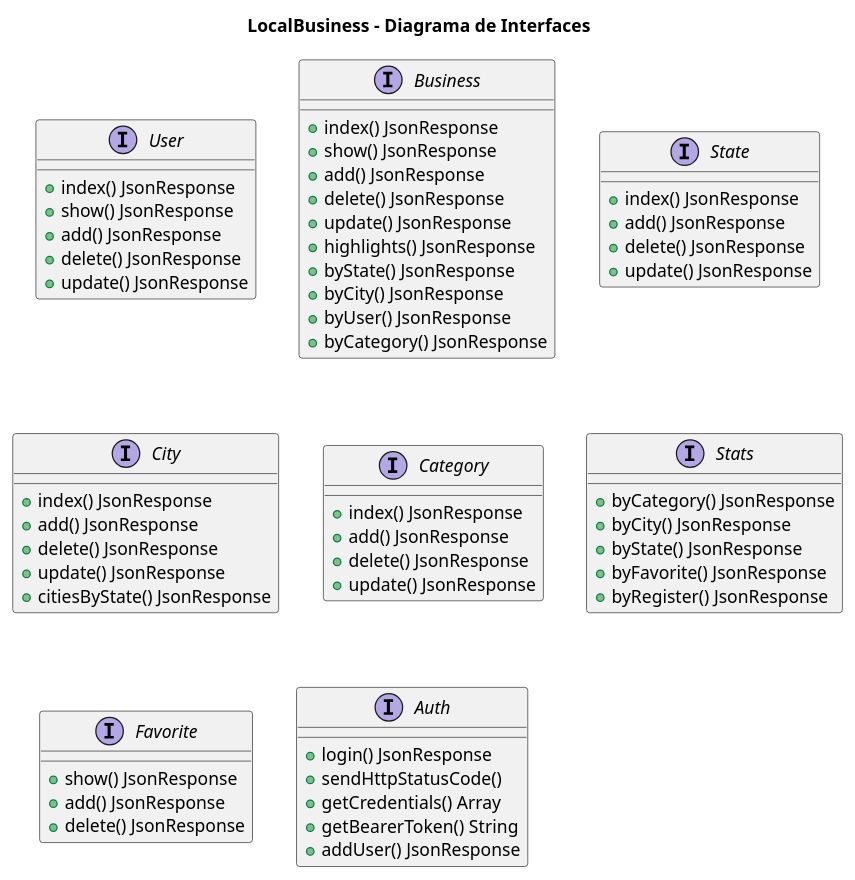
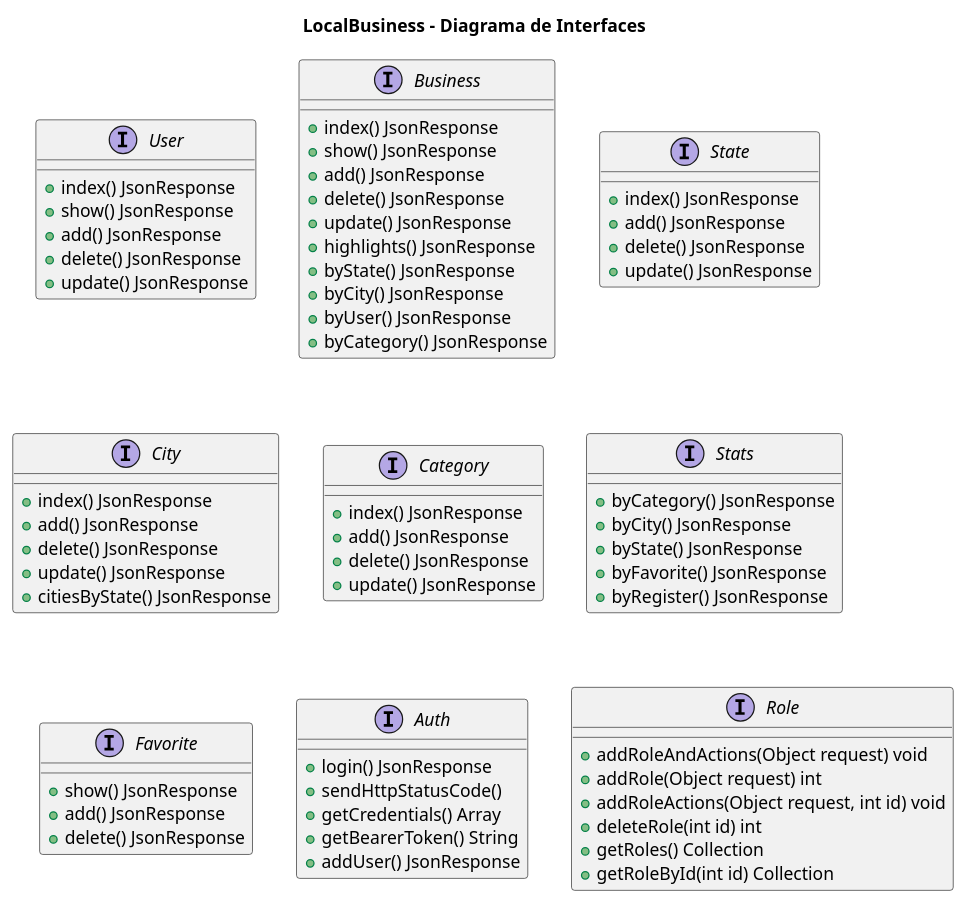
Before and after one commit to puc-projeto-integrado/smart-business: the diagram in documentation/diagrams/classes/localbusiness_interfaces.puml, drawn with PlantUML. The commit also changed 27 other files, not shown here.

```diff
--- a/documentation/diagrams/classes/localbusiness_interfaces.puml
+++ b/documentation/diagrams/classes/localbusiness_interfaces.puml
@@ -1,70 +1,79 @@
 @startuml
 title "LocalBusiness - Diagrama de Interfaces"
 
 interface User{
     +  index() JsonResponse
     +  show() JsonResponse
     +  add() JsonResponse
     +  delete() JsonResponse
     +  update() JsonResponse
 }
 
 interface Business{
     +  index() JsonResponse
     +  show() JsonResponse
     +  add() JsonResponse
     +  delete() JsonResponse
     +  update() JsonResponse
     +  highlights() JsonResponse
     +  byState() JsonResponse
     +  byCity() JsonResponse
     +  byUser() JsonResponse
     +  byCategory() JsonResponse
 }
 
 interface State{
     + index() JsonResponse
     + add() JsonResponse
     + delete() JsonResponse
     + update() JsonResponse
 }
 
 interface City{
     + index() JsonResponse
     + add() JsonResponse
     + delete() JsonResponse
     + update() JsonResponse
     + citiesByState() JsonResponse
 }
 
 interface Category{
     + index() JsonResponse
     + add() JsonResponse
     + delete() JsonResponse
     + update() JsonResponse
 }
 
 interface Stats{
     + byCategory() JsonResponse
     + byCity() JsonResponse
     + byState() JsonResponse
     + byFavorite() JsonResponse
     + byRegister() JsonResponse
 }
 
 interface Favorite {
     + show() JsonResponse
     + add() JsonResponse
     + delete() JsonResponse
 }
 
 interface Auth{
     + login() JsonResponse
     + sendHttpStatusCode()
     + getCredentials() Array
     + getBearerToken() String
     + addUser() JsonResponse
 }
 
+interface Role{
+    + addRoleAndActions(Object request) void
+    + addRole(Object request) int
+    + addRoleActions(Object request, int id) void
+    + deleteRole(int id) int
+    + getRoles() Collection
+    + getRoleById(int id) Collection
+}
+
 
 @enduml
```
